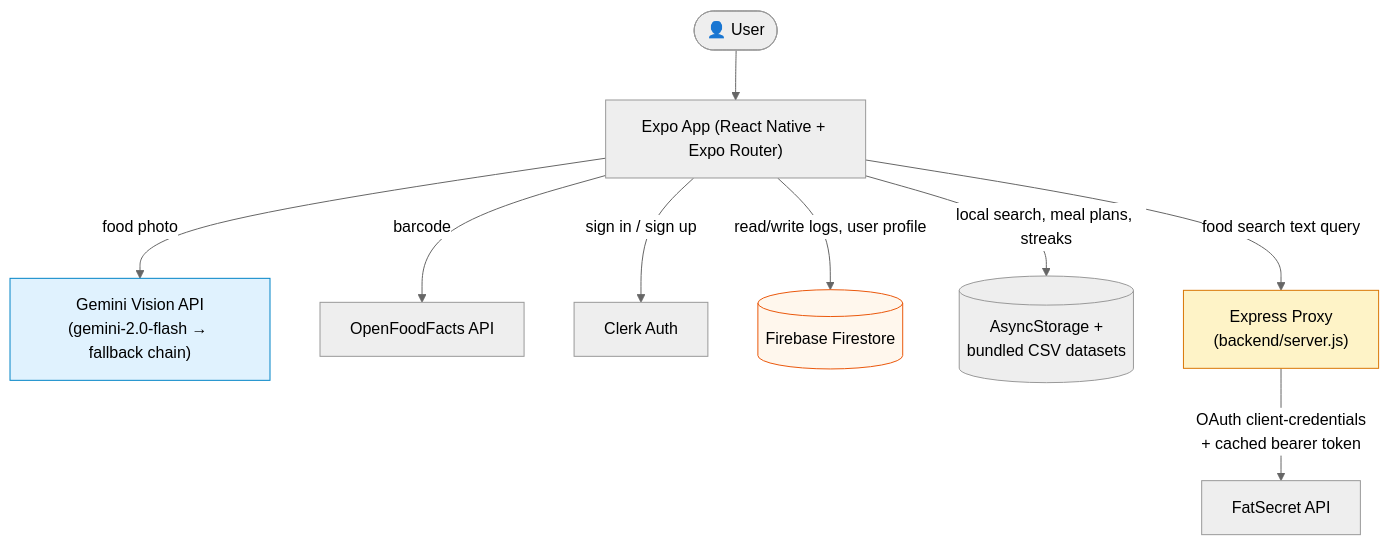
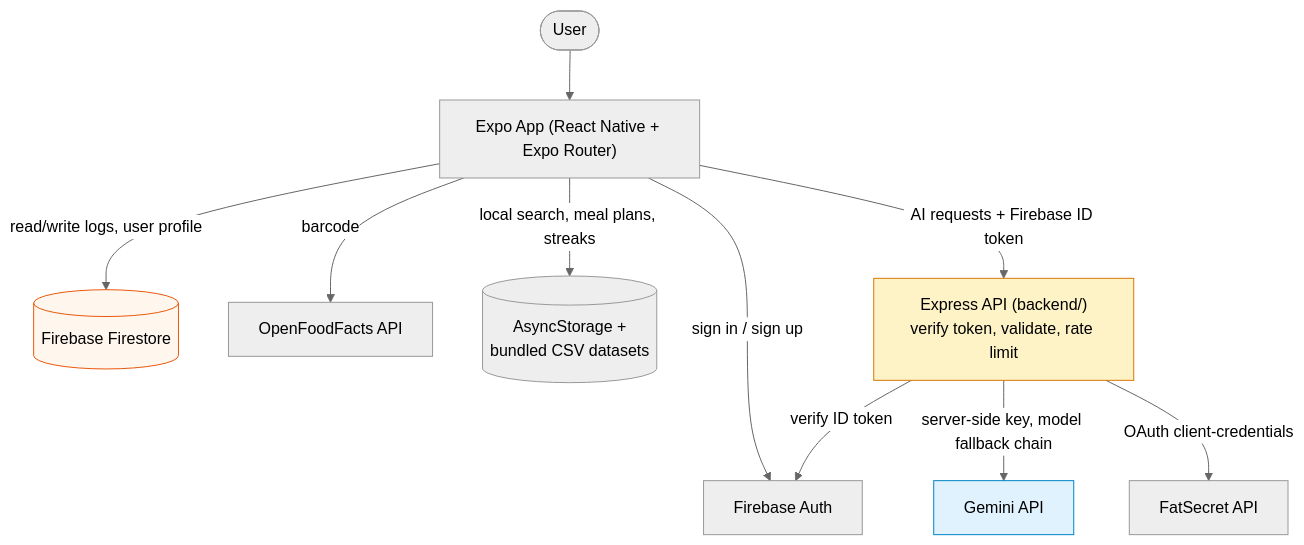
One commit to rushikeshmalgan/Sattava changed the first of 2 diagrams in README.md. Above: the diagram before and after it, drawn with Mermaid (neutral theme). The commit also changed other lines of this file and 1 other file, not shown here.

First line of the commit message:
docs: update README for the AI gateway; add backend/README with Render setup

````diff
--- a/README.md
+++ b/README.md
@@ -86,17 +88,18 @@
 ```mermaid
 flowchart TD
-    User(["👤 User"]) --> App["Expo App (React Native + Expo Router)"]
+    User(["User"]) --> App["Expo App (React Native + Expo Router)"]
 
-    App -->|"food photo"| Gemini["Gemini Vision API\n(gemini-2.0-flash → fallback chain)"]
+    App -->|"sign in / sign up"| Auth["Firebase Auth"]
+    App -->|"read/write logs, user profile"| Firestore[("Firebase Firestore")]
     App -->|"barcode"| OFF["OpenFoodFacts API"]
-    App -->|"sign in / sign up"| Clerk["Clerk Auth"]
-    App -->|"read/write logs, user profile"| Firestore[("Firebase Firestore")]
-    App -->|"local search, meal plans, streaks"| Local[("AsyncStorage +\nbundled CSV datasets")]
-    App -->|"food search text query"| Backend["Express Proxy\n(backend/server.js)"]
+    App -->|"local search, meal plans, streaks"| Local[("AsyncStorage +<br/>bundled CSV datasets")]
+    App -->|"AI requests + Firebase ID token"| API["Express API (backend/)<br/>verify token, validate, rate limit"]
 
-    Backend -->|"OAuth client-credentials\n+ cached bearer token"| FatSecret["FatSecret API"]
+    API -->|"verify ID token"| Auth
+    API -->|"server-side key, model fallback chain"| Gemini["Gemini API"]
+    API -->|"OAuth client-credentials"| FatSecret["FatSecret API"]
 
-    style Backend fill:#fef3c7,stroke:#d97706
+    style API fill:#fef3c7,stroke:#d97706
     style Gemini fill:#e0f2fe,stroke:#0284c7
     style Firestore fill:#fff7ed,stroke:#ea580c
 ```
````
